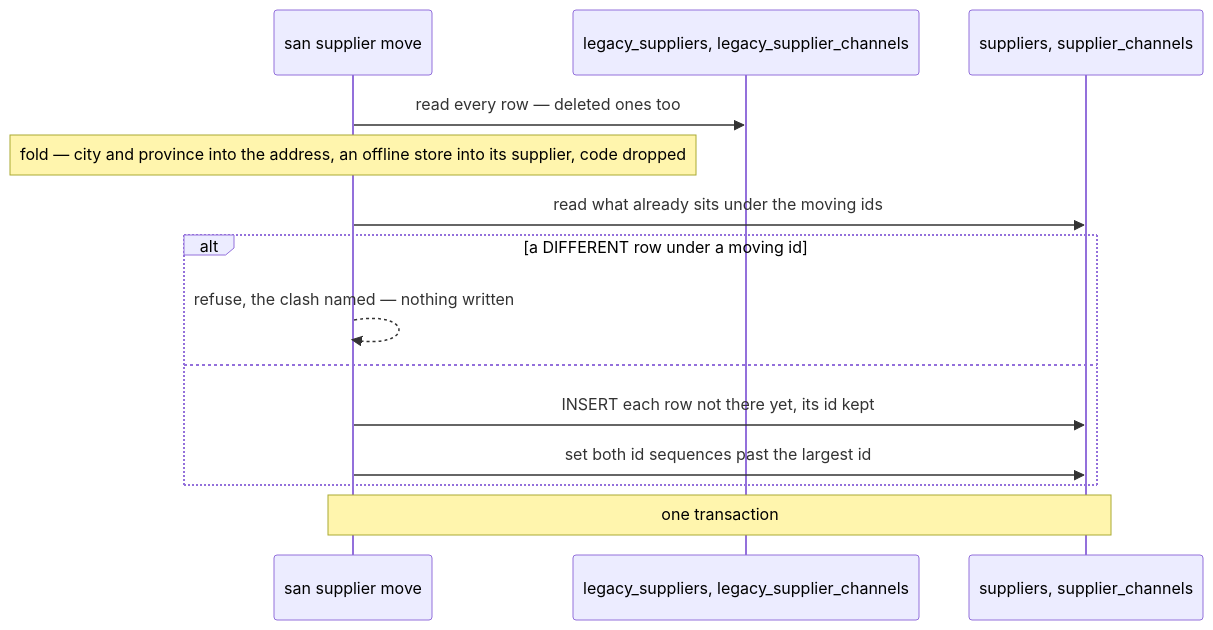
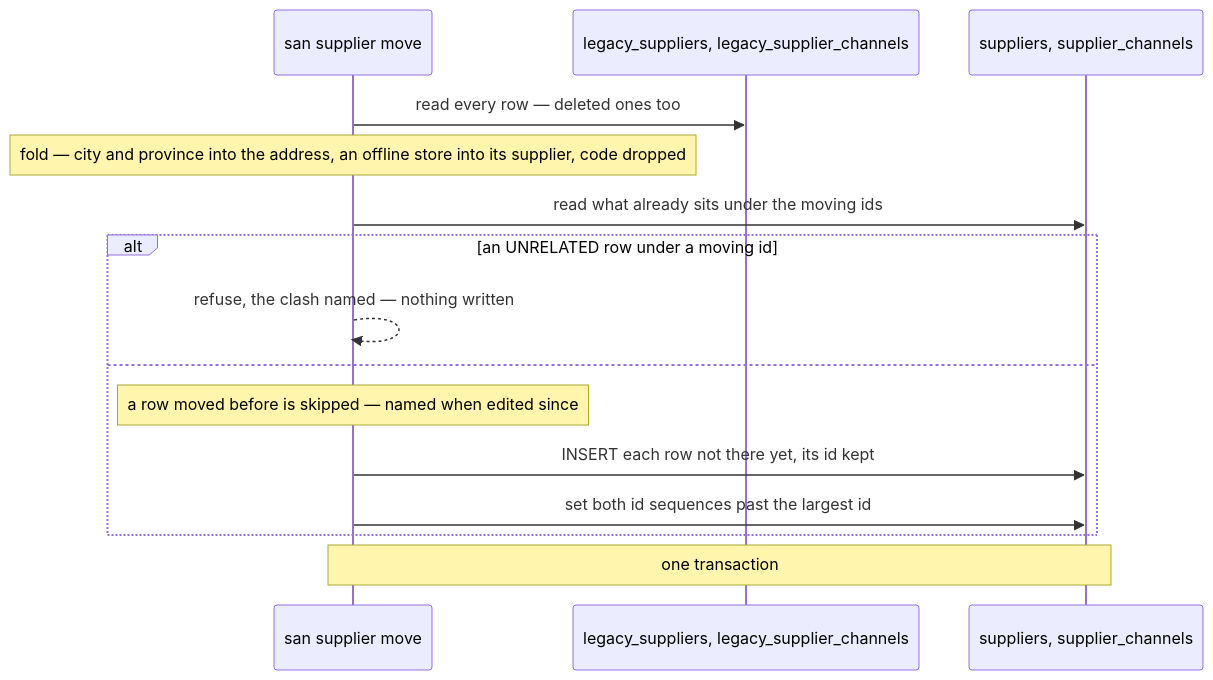
The fifth of 21 diagrams in docs/tools/san.md (pdcgo/warehouse_revamp), drawn with Mermaid before and after one commit. The commit also changed other lines of this file and 64 other files, not shown here.

````diff
--- a/docs/tools/san.md
+++ b/docs/tools/san.md
@@ -518,16 +519,17 @@
 ```mermaid
 sequenceDiagram
   participant SAN as san supplier move
   participant L as legacy_suppliers, legacy_supplier_channels
   participant S as suppliers, supplier_channels
   SAN->>L: read every row — deleted ones too
   Note over SAN: fold — city and province into the address, an offline store into its supplier, code dropped
   SAN->>S: read what already sits under the moving ids
-  alt a DIFFERENT row under a moving id
+  alt an UNRELATED row under a moving id
     SAN-->>SAN: refuse, the clash named — nothing written
   else
+    Note over SAN: a row moved before is skipped — named when edited since
     SAN->>S: INSERT each row not there yet, its id kept
     SAN->>S: set both id sequences past the largest id
   end
   Note over SAN,S: one transaction
 ```
````
